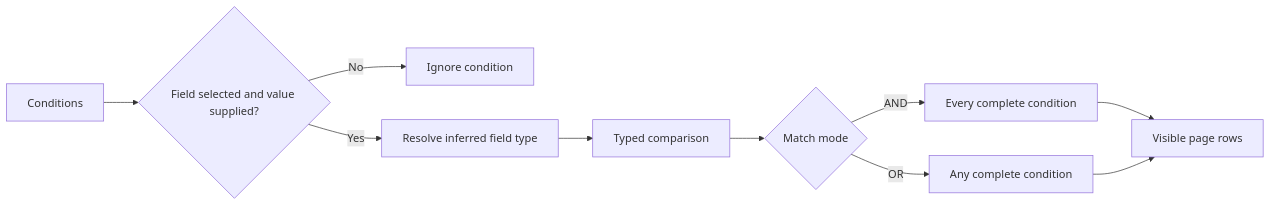
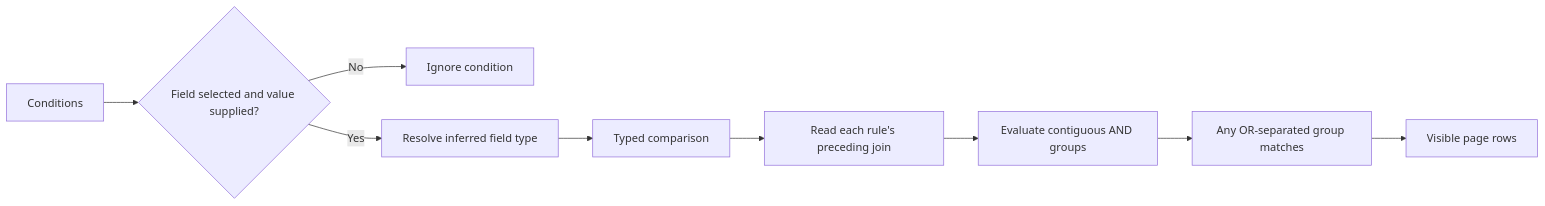
Before and after one commit to MrAkashKum/audit-fronted: the fourth of 4 diagrams in docs/ARCHITECTURE.md, drawn with Mermaid. The commit also changed other lines of this file and 15 other files, not shown here.

````diff
--- a/docs/ARCHITECTURE.md
+++ b/docs/ARCHITECTURE.md
@@ -168,12 +172,11 @@
 ```mermaid
 flowchart LR
     Conditions[Conditions] --> Complete{Field selected and value supplied?}
     Complete -->|No| Ignore[Ignore condition]
     Complete -->|Yes| Type[Resolve inferred field type]
     Type --> Compare[Typed comparison]
-    Compare --> Join{Match mode}
-    Join -->|AND| Every[Every complete condition]
-    Join -->|OR| Any[Any complete condition]
-    Every --> Visible[Visible page rows]
-    Any --> Visible
+    Compare --> Join[Read each rule's preceding join]
+    Join --> Groups[Evaluate contiguous AND groups]
+    Groups --> Any[Any OR-separated group matches]
+    Any --> Visible[Visible page rows]
 ```
````
